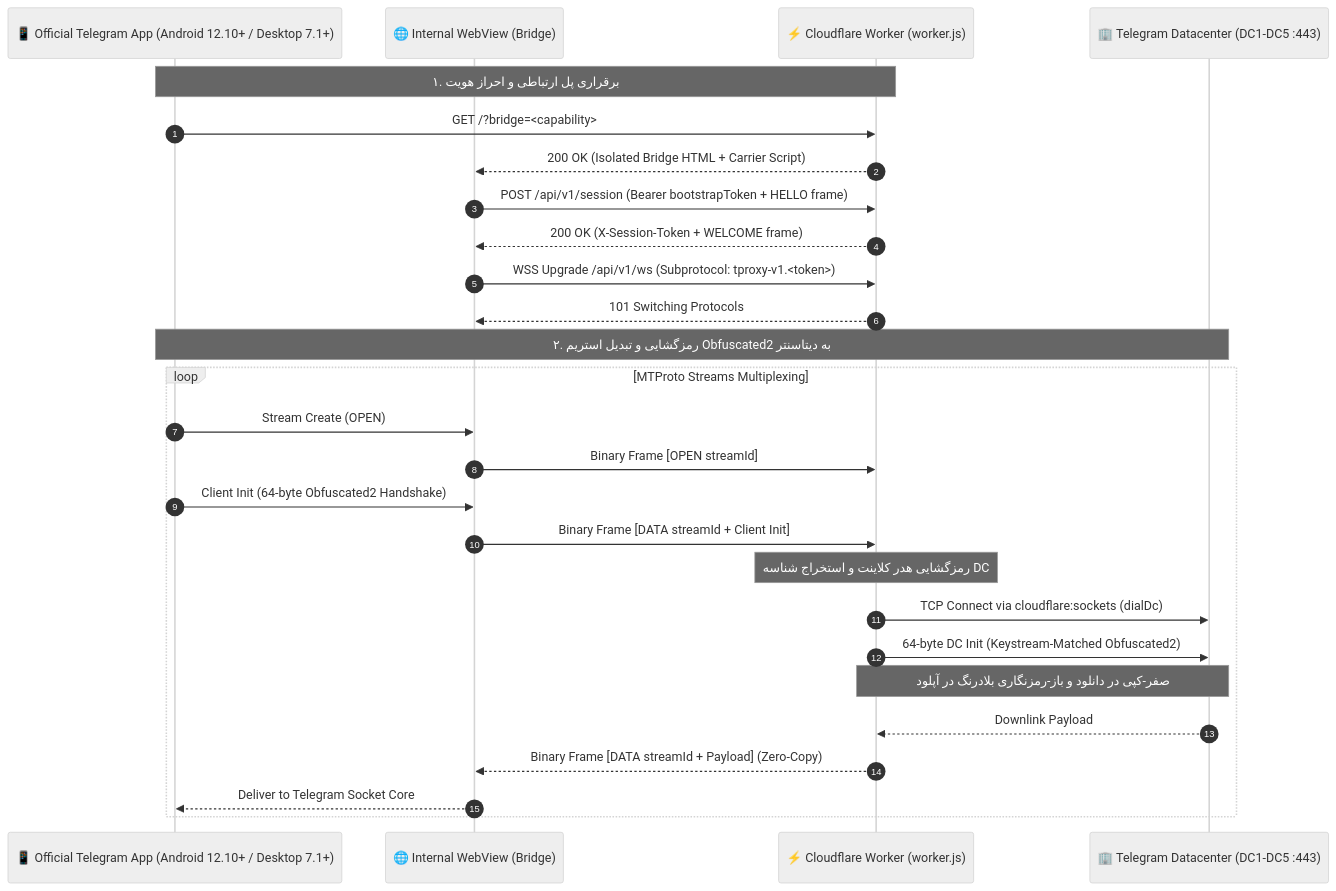
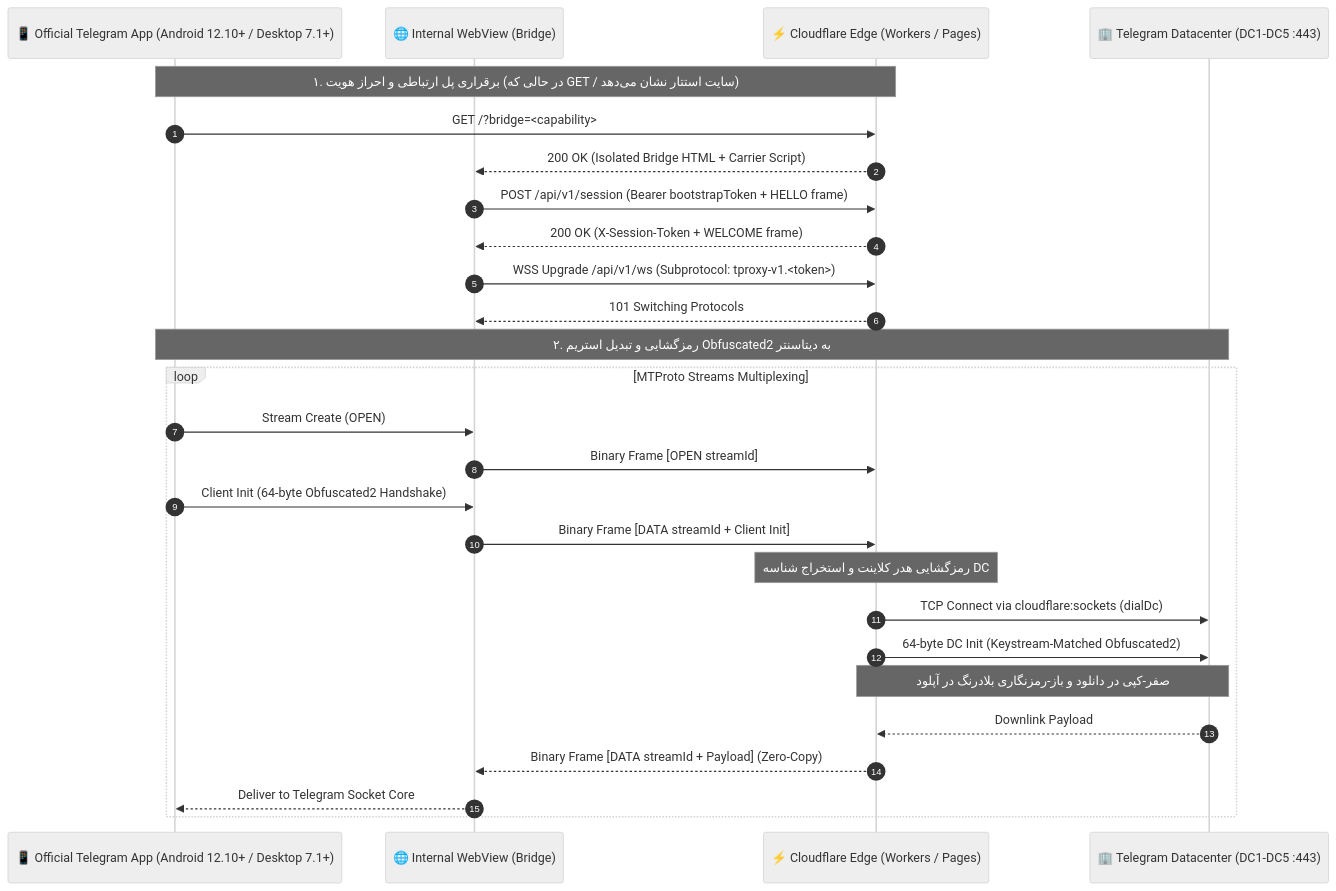
Before and after one commit to Qorvhex/TWP: the diagram in README.md, drawn with Mermaid (neutral theme). The commit also changed other lines of this file and 9 other files, not shown here.

````diff
--- a/README.md
+++ b/README.md
@@ -64,31 +65,31 @@
 ```mermaid
 sequenceDiagram
     autonumber
     participant TG as 📱 Official Telegram App (Android 12.10+ / Desktop 7.1+)
     participant WV as 🌐 Internal WebView (Bridge)
-    participant CF as ⚡ Cloudflare Worker (worker.js)
+    participant CF as ⚡ Cloudflare Edge (Workers / Pages)
     participant DC as 🏢 Telegram Datacenter (DC1-DC5 :443)
 
-    Note over TG,CF: ۱. برقراری پل ارتباطی و احراز هویت
+    Note over TG,CF: ۱. برقراری پل ارتباطی و احراز هویت (در حالی که GET / سایت استتار نشان می‌دهد)
     TG->>CF: GET /?bridge=<capability>#android=<nonce>
     CF-->>WV: 200 OK (Isolated Bridge HTML + Carrier Script)
     WV->>CF: POST /api/v1/session (Bearer bootstrapToken + HELLO frame)
     CF-->>WV: 200 OK (X-Session-Token + WELCOME frame)
     WV->>CF: WSS Upgrade /api/v1/ws (Subprotocol: tproxy-v1.<token>)
     CF-->>WV: 101 Switching Protocols
     
     Note over TG,DC: ۲. رمزگشایی و تبدیل استریم Obfuscated2 به دیتاسنتر
     loop MTProto Streams Multiplexing
         TG->>WV: Stream Create (OPEN)
         WV->>CF: Binary Frame [OPEN streamId]
         TG->>WV: Client Init (64-byte Obfuscated2 Handshake)
         WV->>CF: Binary Frame [DATA streamId + Client Init]
         Note over CF: رمزگشایی هدر کلاینت و استخراج شناسه DC
         CF->>DC: TCP Connect via cloudflare:sockets (dialDc)
         CF->>DC: 64-byte DC Init (Keystream-Matched Obfuscated2)
         Note over CF,DC: صفر-کپی در دانلود و باز-رمزنگاری بلادرنگ در آپلود
         DC-->>CF: Downlink Payload
         CF-->>WV: Binary Frame [DATA streamId + Payload] (Zero-Copy)
         WV-->>TG: Deliver to Telegram Socket Core
     end
 ```
````
